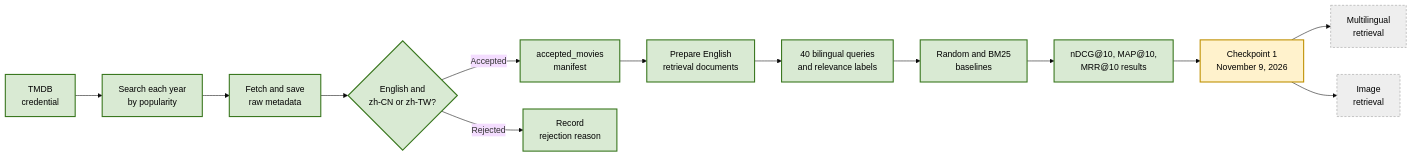
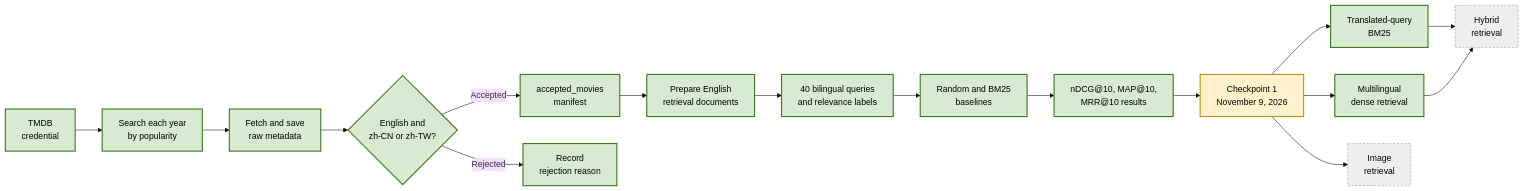
One commit to SammiWang0516/InformationRetrieval_AudioviusalMedia changed the diagram in README.md. Above: the diagram before and after it, drawn with Mermaid (base theme). The commit also changed other lines of this file and 1 other file, not shown here.

````diff
--- a/README.md
+++ b/README.md
@@ -27,22 +29,25 @@
 ```mermaid
 flowchart LR
     A["TMDB<br/>credential"] --> B["Search each year<br/>by popularity"]
     B --> C["Fetch and save<br/>raw metadata"]
     C --> D{"English and<br/>zh-CN or zh-TW?"}
     D -->|"Accepted"| E["accepted_movies<br/>manifest"]
     D -->|"Rejected"| R["Record<br/>rejection reason"]
     E --> F["Prepare English<br/>retrieval documents"]
     F --> G["40 bilingual queries<br/>and relevance labels"]
     G --> H["Random and BM25<br/>baselines"]
     H --> I["nDCG@10, MAP@10,<br/>MRR@10 results"]
     I --> J["Checkpoint 1<br/>November 9, 2026"]
-    J --> K["Multilingual<br/>retrieval"]
+    J --> K["Translated-query<br/>BM25"]
+    J --> M["Multilingual<br/>dense retrieval"]
+    K --> N["Hybrid<br/>retrieval"]
+    M --> N
     J --> L["Image<br/>retrieval"]
 
     classDef completed fill:#d9ead3,stroke:#38761d,stroke-width:2px,color:#000000;
     classDef checkpoint fill:#fff2cc,stroke:#bf9000,stroke-width:2px,color:#000000;
     classDef planned fill:#eeeeee,stroke:#999999,stroke-width:1px,stroke-dasharray:4 3,color:#000000;
-    class A,B,C,D,E,F,R,G,H,I completed;
+    class A,B,C,D,E,F,R,G,H,I,K,M completed;
     class J checkpoint;
-    class K,L planned;
+    class N,L planned;
 ```
````
